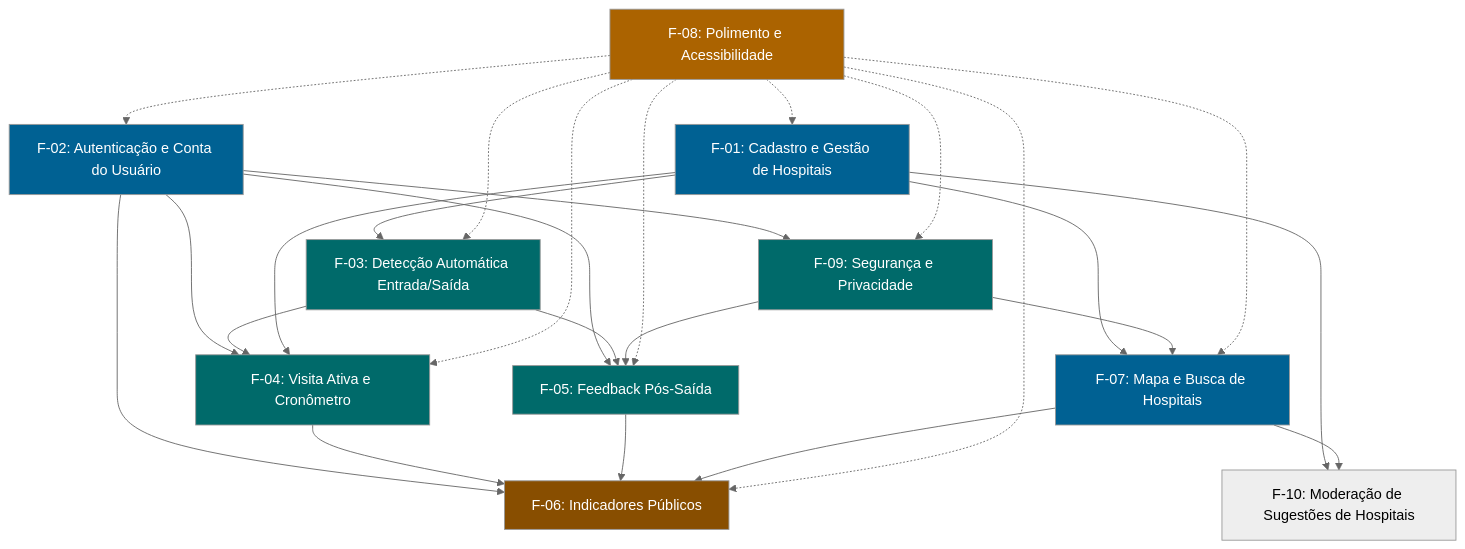
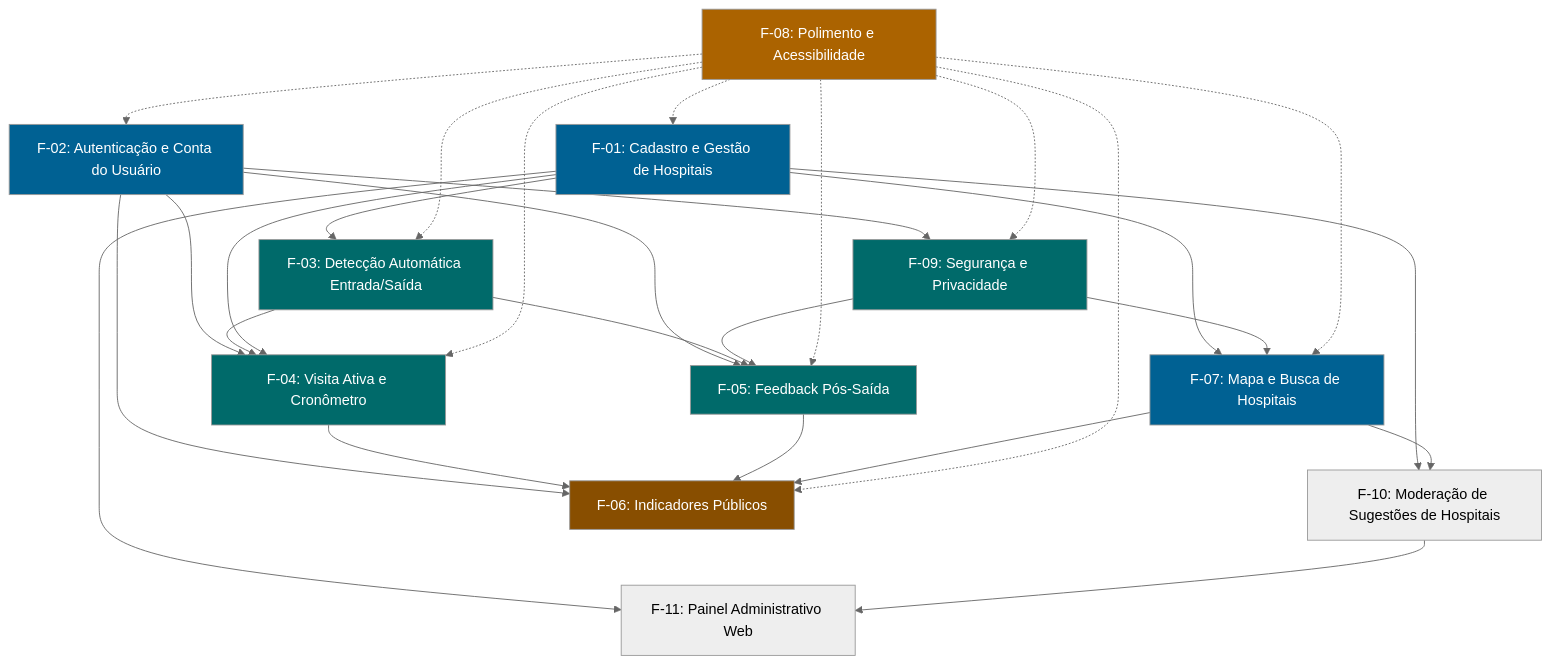
Before and after one commit to GabrielVogado/saude-monitor: the first of 2 diagrams in Documentos/05-features/Features-MVP-v2.0.md, drawn with Mermaid (neutral theme). The commit also changed other lines of this file and 11 other files, not shown here.

First line of the commit message:
docs: Epico 7 (Painel Administrativo Web) e config Android local

````diff
--- a/Documentos/05-features/Features-MVP-v2.0.md
+++ b/Documentos/05-features/Features-MVP-v2.0.md
@@ -437,38 +480,40 @@
 ```mermaid
 graph TD
     F01["F-01: Cadastro e Gestão de Hospitais"] --> F03["F-03: Detecção Automática Entrada/Saída"]
     F01 --> F07["F-07: Mapa e Busca de Hospitais"]
     F01 --> F10["F-10: Moderação de Sugestões de Hospitais"]
+    F01 --> F11["F-11: Painel Administrativo Web"]
+    F10 --> F11
     F02["F-02: Autenticação e Conta do Usuário"] --> F04["F-04: Visita Ativa e Cronômetro"]
     F02 --> F05["F-05: Feedback Pós-Saída"]
     F02 --> F06["F-06: Indicadores Públicos"]
     F02 --> F09["F-09: Segurança e Privacidade"]
     F03 --> F04
     F03 --> F05
     F04 --> F06
     F05 --> F06
     F01 --> F04
     F07 --> F06
     F07 --> F10
     F09 --> F05
     F09 --> F07
 
     F08["F-08: Polimento e Acessibilidade"] -.-> F01
     F08 -.-> F02
     F08 -.-> F03
     F08 -.-> F04
     F08 -.-> F05
     F08 -.-> F06
     F08 -.-> F07
     F08 -.-> F09
 
     style F01 fill:#006193,color:#fff
     style F02 fill:#006193,color:#fff
     style F03 fill:#006a6a,color:#fff
     style F04 fill:#006a6a,color:#fff
     style F05 fill:#006a6a,color:#fff
     style F06 fill:#884e00,color:#fff
     style F07 fill:#006193,color:#fff
     style F08 fill:#ab6300,color:#fff
     style F09 fill:#006a6a,color:#fff
 ```
````
